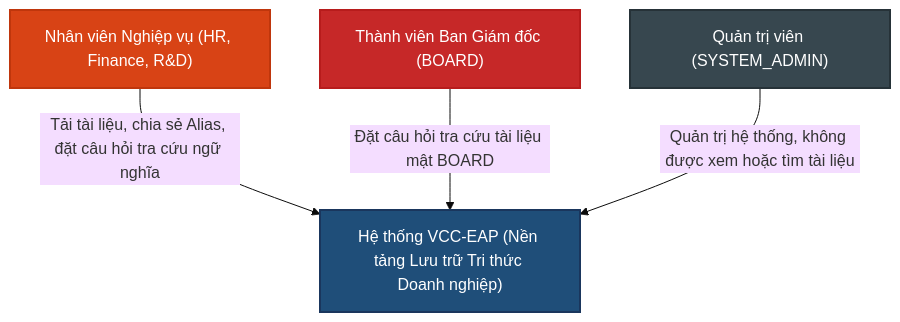
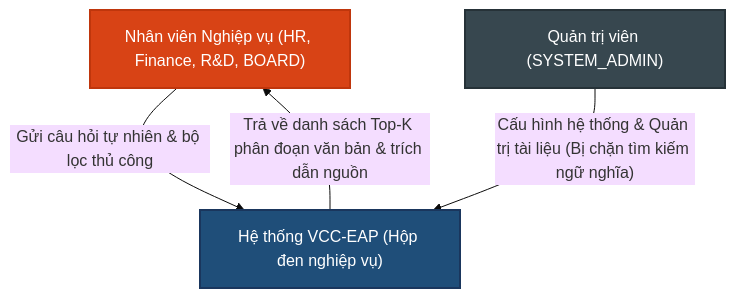
One commit to thanhhuong1523/enterprise-ai-systems changed the diagram in eap/docs/week4/PRD.md. Above: the diagram before and after it, drawn with Mermaid (base theme). The commit also changed other lines of this file and 87 other files, not shown here.

````diff
--- a/eap/docs/week4/PRD.md
+++ b/eap/docs/week4/PRD.md
@@ -69,17 +65,11 @@
 ```mermaid
 graph TD
-    Employee["Nhân viên Nghiệp vụ (HR, Finance, R&D)"]
-    BoardUser["Thành viên Ban Giám đốc (BOARD)"]
-    SysAdmin["Quản trị viên (SYSTEM_ADMIN)"]
+    Employee["Nhân viên Nghiệp vụ (HR, Finance, R&D, BOARD)"] -- "Gửi câu hỏi tự nhiên & bộ lọc thủ công" --> EAP["Hệ thống VCC-EAP (Hộp đen nghiệp vụ)"]
+    SysAdmin["Quản trị viên (SYSTEM_ADMIN)"] -- "Cấu hình hệ thống & Quản trị tài liệu (Bị chặn tìm kiếm ngữ nghĩa)" --> EAP
     
-    SystemEAP["Hệ thống VCC-EAP (Nền tảng Lưu trữ Tri thức Doanh nghiệp)"]
-    
-    Employee -->|Tải tài liệu, chia sẻ Alias, đặt câu hỏi tra cứu ngữ nghĩa| SystemEAP
-    BoardUser -->|Đặt câu hỏi tra cứu tài liệu mật BOARD| SystemEAP
-    SysAdmin -->|Quản trị hệ thống, không được xem hoặc tìm tài liệu| SystemEAP
-    
-    style SystemEAP fill:#1F4E79,stroke:#1A365D,stroke-width:2px,color:#FFFFFF
+    EAP -- "Trả về danh sách Top-K phân đoạn văn bản & trích dẫn nguồn" --> Employee
+
+    style EAP fill:#1F4E79,stroke:#1A365D,stroke-width:2px,color:#FFFFFF
     style Employee fill:#D84315,stroke:#BF360C,stroke-width:2px,color:#FFFFFF
-    style BoardUser fill:#C62828,stroke:#B71C1C,stroke-width:2px,color:#FFFFFF
     style SysAdmin fill:#37474F,stroke:#263238,stroke-width:2px,color:#FFFFFF
 ```
````
